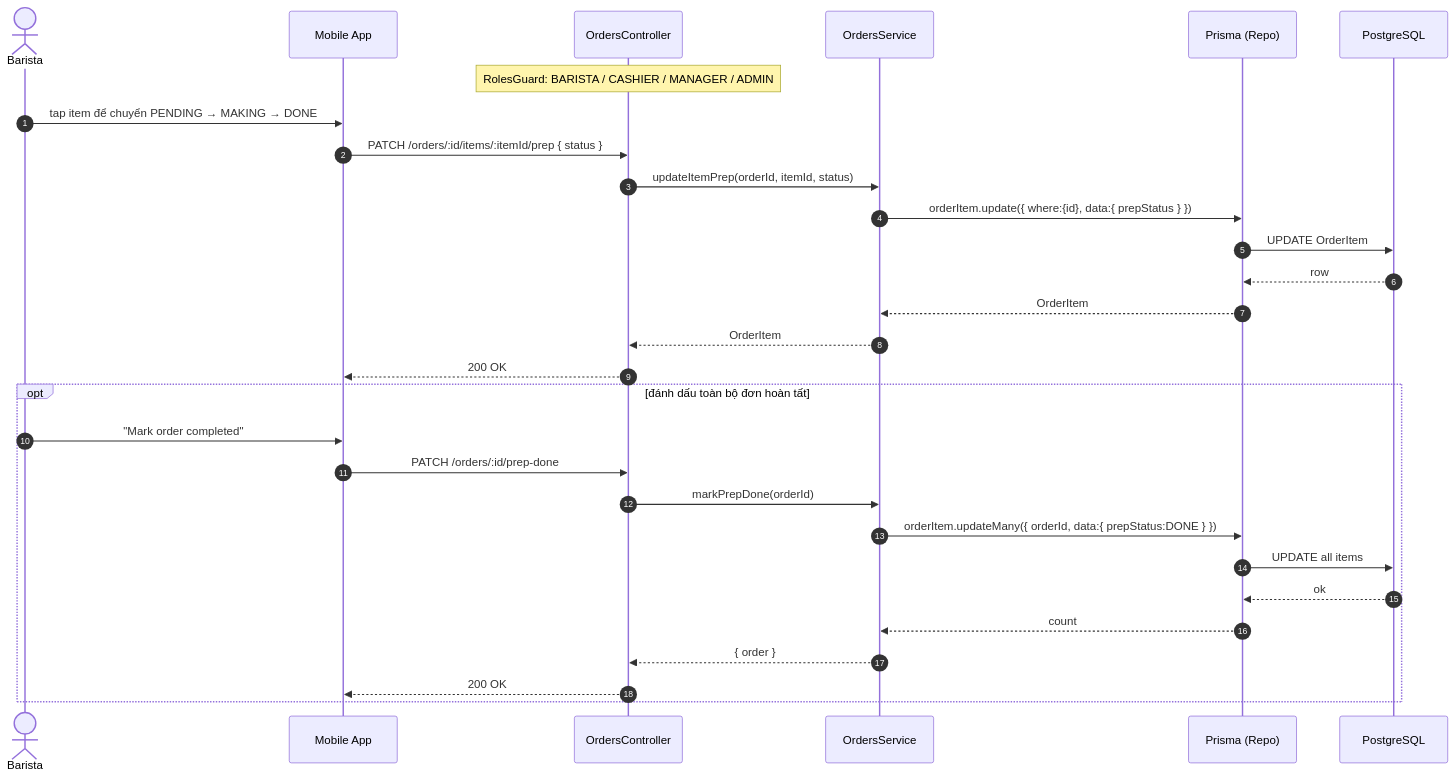
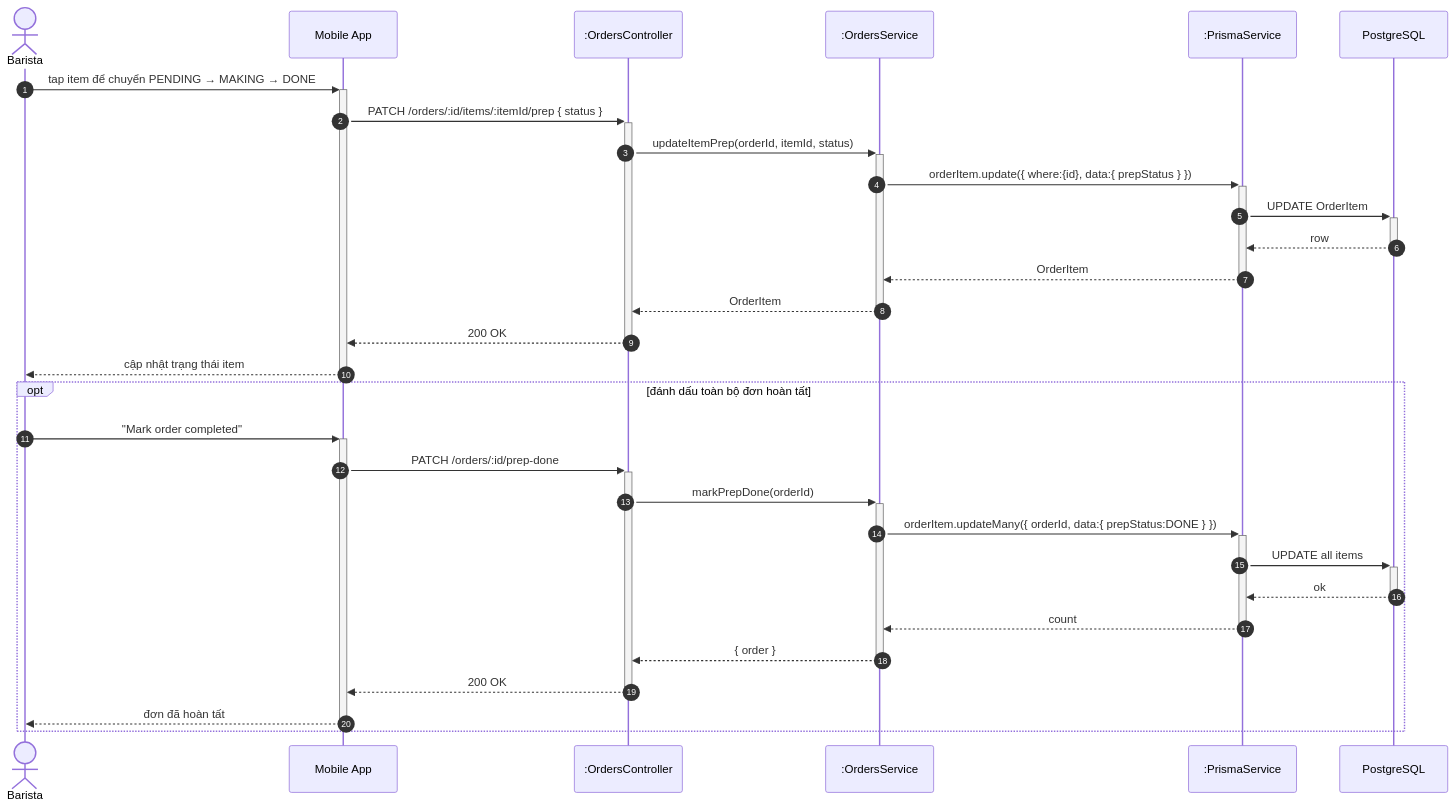
One commit to callmehai/Cafe-Shop-Management-System changed the eighth of 16 diagrams in docs/sequence-diagrams.md. Above: the diagram before and after it, drawn with Mermaid. The commit also changed other lines of this file and 1 other file, not shown here.

Commit message:
docs: add sequence and class diagrams for system architecture and use case implementation

````diff
--- a/docs/sequence-diagrams.md
+++ b/docs/sequence-diagrams.md
@@ -389,34 +399,34 @@
 ```mermaid
 sequenceDiagram
     autonumber
     actor B as Barista
     participant App as Mobile App
-    participant API as OrdersController
-    participant SVC as OrdersService
-    participant ORM as Prisma (Repo)
+    participant API as :OrdersController
+    participant SVC as :OrdersService
+    participant ORM as :PrismaService
     participant DB as PostgreSQL
 
-    Note over API: RolesGuard: BARISTA / CASHIER / MANAGER / ADMIN
-
-    B->>App: tap item để chuyển PENDING → MAKING → DONE
-    App->>API: PATCH /orders/:id/items/:itemId/prep { status }
-    API->>SVC: updateItemPrep(orderId, itemId, status)
-    SVC->>ORM: orderItem.update({ where:{id}, data:{ prepStatus } })
-    ORM->>DB: UPDATE OrderItem
-    DB-->>ORM: row
-    ORM-->>SVC: OrderItem
-    SVC-->>API: OrderItem
-    API-->>App: 200 OK
+    B->>+App: tap item để chuyển PENDING → MAKING → DONE
+    App->>+API: PATCH /orders/:id/items/:itemId/prep { status }
+    API->>+SVC: updateItemPrep(orderId, itemId, status)
+    SVC->>+ORM: orderItem.update({ where:{id}, data:{ prepStatus } })
+    ORM->>+DB: UPDATE OrderItem
+    DB-->>-ORM: row
+    ORM-->>-SVC: OrderItem
+    SVC-->>-API: OrderItem
+    API-->>-App: 200 OK
+    App-->>-B: cập nhật trạng thái item
 
     opt đánh dấu toàn bộ đơn hoàn tất
-        B->>App: "Mark order completed"
-        App->>API: PATCH /orders/:id/prep-done
-        API->>SVC: markPrepDone(orderId)
-        SVC->>ORM: orderItem.updateMany({ orderId, data:{ prepStatus:DONE } })
-        ORM->>DB: UPDATE all items
-        DB-->>ORM: ok
-        ORM-->>SVC: count
-        SVC-->>API: { order }
-        API-->>App: 200 OK
+        B->>+App: "Mark order completed"
+        App->>+API: PATCH /orders/:id/prep-done
+        API->>+SVC: markPrepDone(orderId)
+        SVC->>+ORM: orderItem.updateMany({ orderId, data:{ prepStatus:DONE } })
+        ORM->>+DB: UPDATE all items
+        DB-->>-ORM: ok
+        ORM-->>-SVC: count
+        SVC-->>-API: { order }
+        API-->>-App: 200 OK
+        App-->>-B: đơn đã hoàn tất
     end
 ```
````
